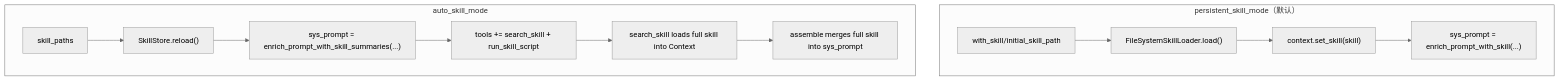
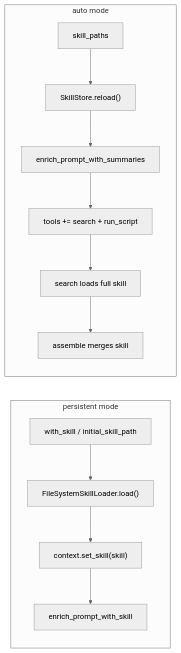
One commit to clowder-labs/Deterministic-Agent-Runtime-Engine changed the sixth of 13 diagrams in docs/DARE_FRAMEWORK_DESIGN.md. Above: the diagram before and after it, drawn with Mermaid (neutral theme). The commit also changed other lines of this file, not shown here.

````diff
--- a/docs/DARE_FRAMEWORK_DESIGN.md
+++ b/docs/DARE_FRAMEWORK_DESIGN.md
@@ -252,15 +252,22 @@
 ```mermaid
-flowchart TB
-  subgraph P["persistent_skill_mode（默认）"]
-    P1["with_skill/initial_skill_path"] --> P2["FileSystemSkillLoader.load()"]
-    P2 --> P3["context.set_skill(skill)"]
-    P3 --> P4["sys_prompt = enrich_prompt_with_skill(...)"]
+flowchart LR
+  subgraph P["persistent mode"]
+    direction TB
+    P1["with_skill / initial_skill_path"]
+    P2["FileSystemSkillLoader.load()"]
+    P3["context.set_skill(skill)"]
+    P4["enrich_prompt_with_skill"]
+    P1 --> P2 --> P3 --> P4
   end
-  subgraph A["auto_skill_mode"]
-    A1["skill_paths"] --> A2["SkillStore.reload()"]
-    A2 --> A3["sys_prompt = enrich_prompt_with_skill_summaries(...)"]
-    A3 --> A4["tools += search_skill + run_skill_script"]
-    A4 --> A5["search_skill loads full skill into Context"]
-    A5 --> A6["assemble merges full skill into sys_prompt"]
+
+  subgraph A["auto mode"]
+    direction TB
+    A1["skill_paths"]
+    A2["SkillStore.reload()"]
+    A3["enrich_prompt_with_summaries"]
+    A4["tools += search + run_script"]
+    A5["search loads full skill"]
+    A6["assemble merges skill"]
+    A1 --> A2 --> A3 --> A4 --> A5 --> A6
   end
 ```
````
